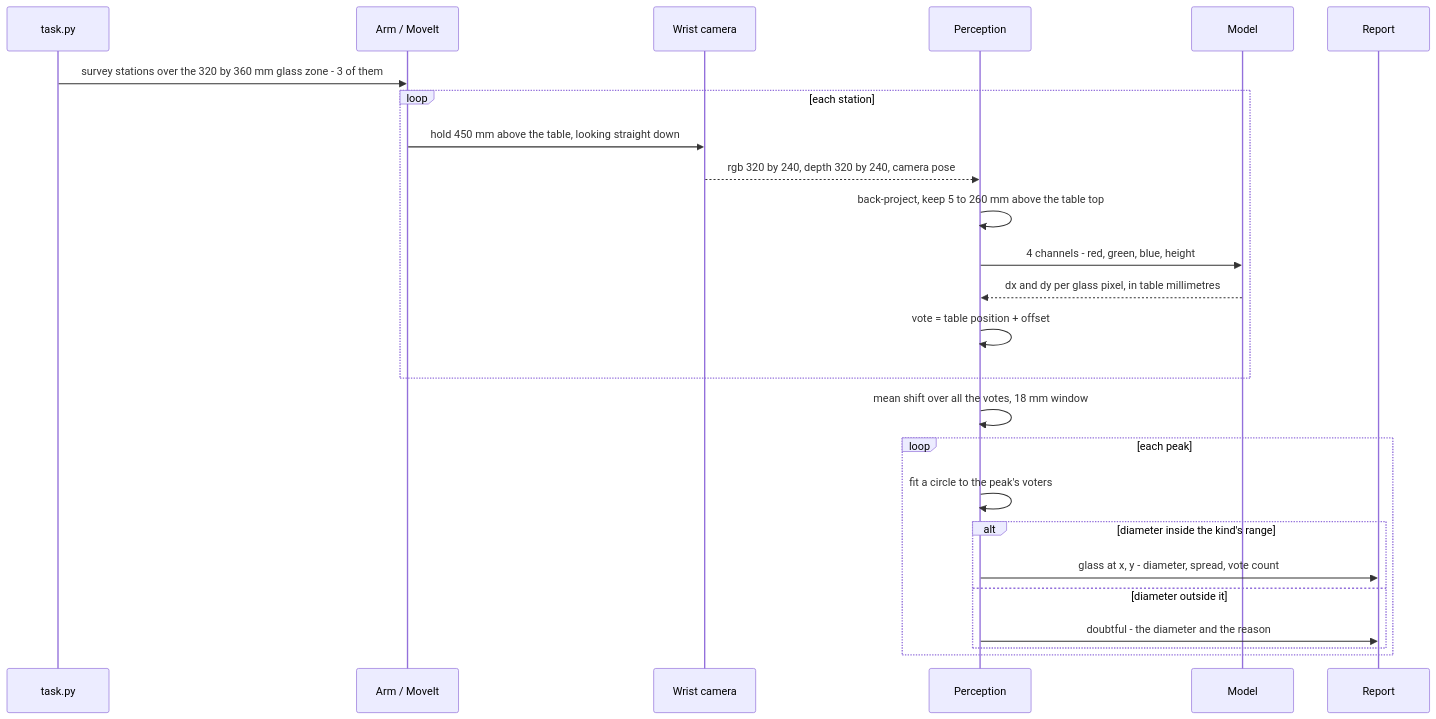
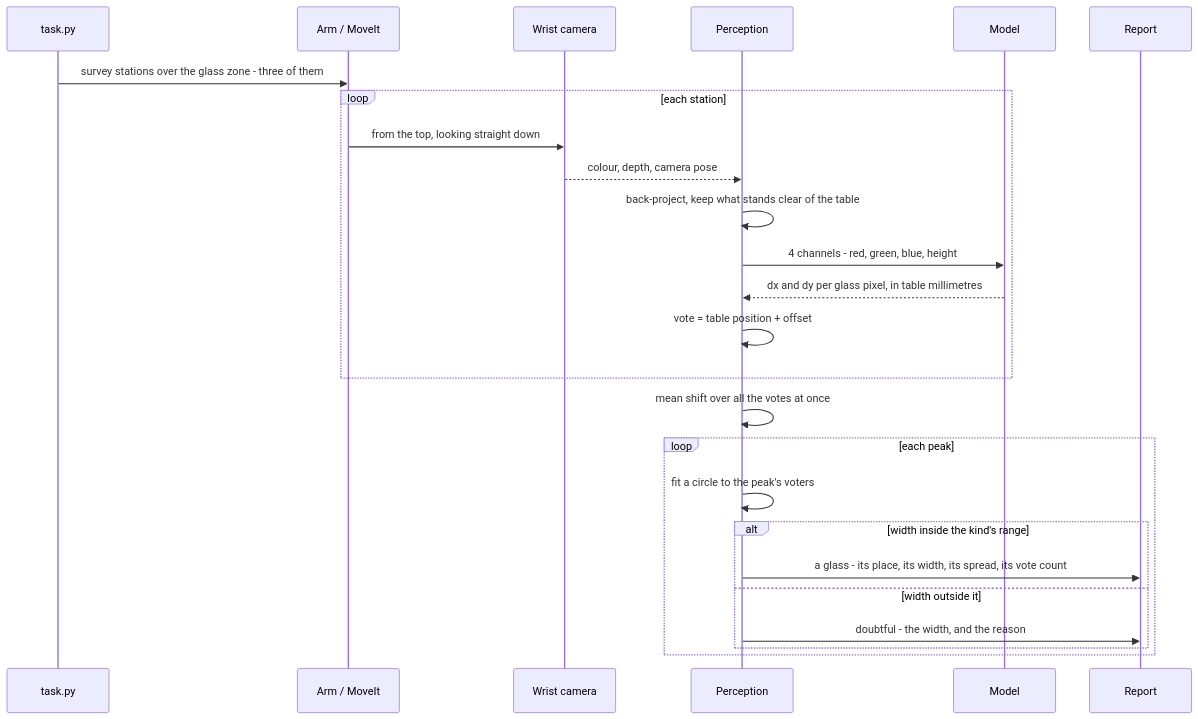
Before and after one commit to RobinNagpal/robot-arm-projects: the first of 3 diagrams in v5-pick-glasses/docs/problem-2/solutions/08-per-pixel-votes-for-the-centre.md, drawn with Mermaid. The commit also changed other lines of this file, not shown here.

````diff
--- a/v5-pick-glasses/docs/problem-2/solutions/08-per-pixel-votes-for-the-centre.md
+++ b/v5-pick-glasses/docs/problem-2/solutions/08-per-pixel-votes-for-the-centre.md
@@ -320,27 +339,27 @@
 ```mermaid
 sequenceDiagram
     participant T as task.py
     participant A as Arm / MoveIt
     participant C as Wrist camera
     participant P as Perception
     participant M as Model
     participant R as Report
-    T->>A: survey stations over the 320 by 360 mm glass zone - 3 of them
+    T->>A: survey stations over the glass zone - three of them
     loop each station
-        A->>C: hold 450 mm above the table, looking straight down
-        C-->>P: rgb 320 by 240, depth 320 by 240, camera pose
-        P->>P: back-project, keep 5 to 260 mm above the table top
+        A->>C: from the top, looking straight down
+        C-->>P: colour, depth, camera pose
+        P->>P: back-project, keep what stands clear of the table
         P->>M: 4 channels - red, green, blue, height
         M-->>P: dx and dy per glass pixel, in table millimetres
         P->>P: vote = table position + offset
     end
-    P->>P: mean shift over all the votes, 18 mm window
+    P->>P: mean shift over all the votes at once
     loop each peak
         P->>P: fit a circle to the peak's voters
-        alt diameter inside the kind's range
-            P->>R: glass at x, y - diameter, spread, vote count
-        else diameter outside it
-            P->>R: doubtful - the diameter and the reason
+        alt width inside the kind's range
+            P->>R: a glass - its place, its width, its spread, its vote count
+        else width outside it
+            P->>R: doubtful - the width, and the reason
         end
     end
 ```
````
